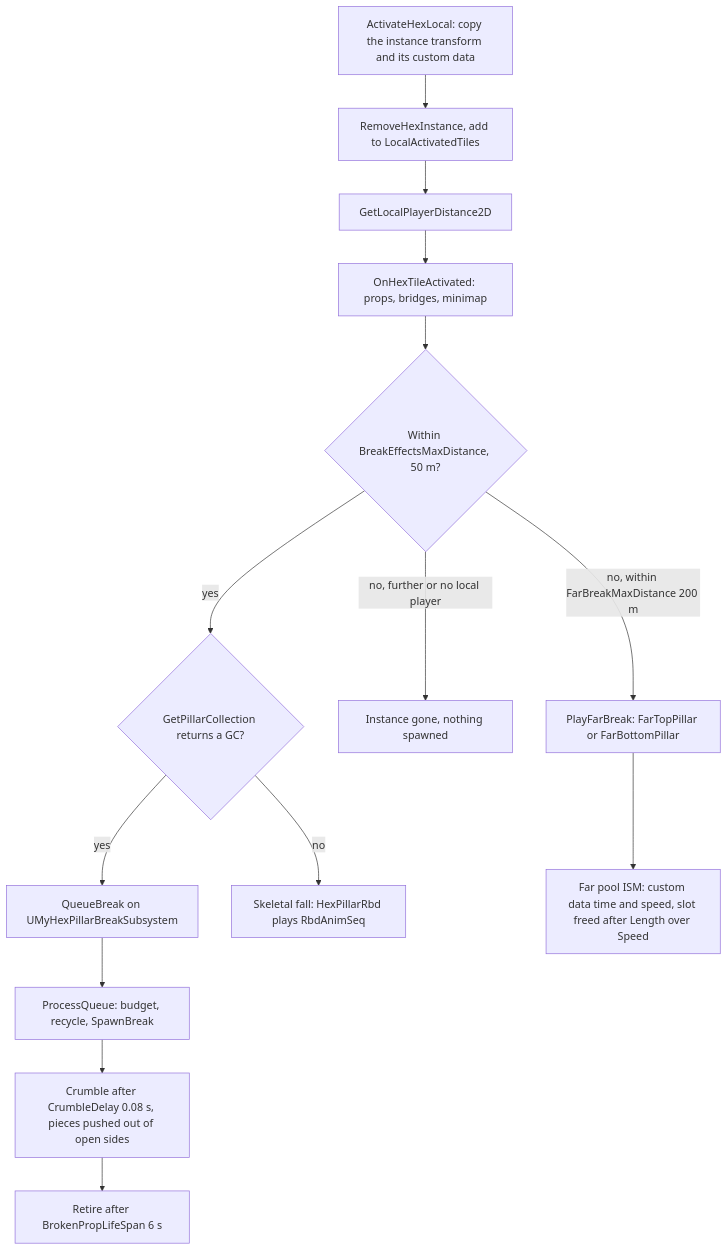
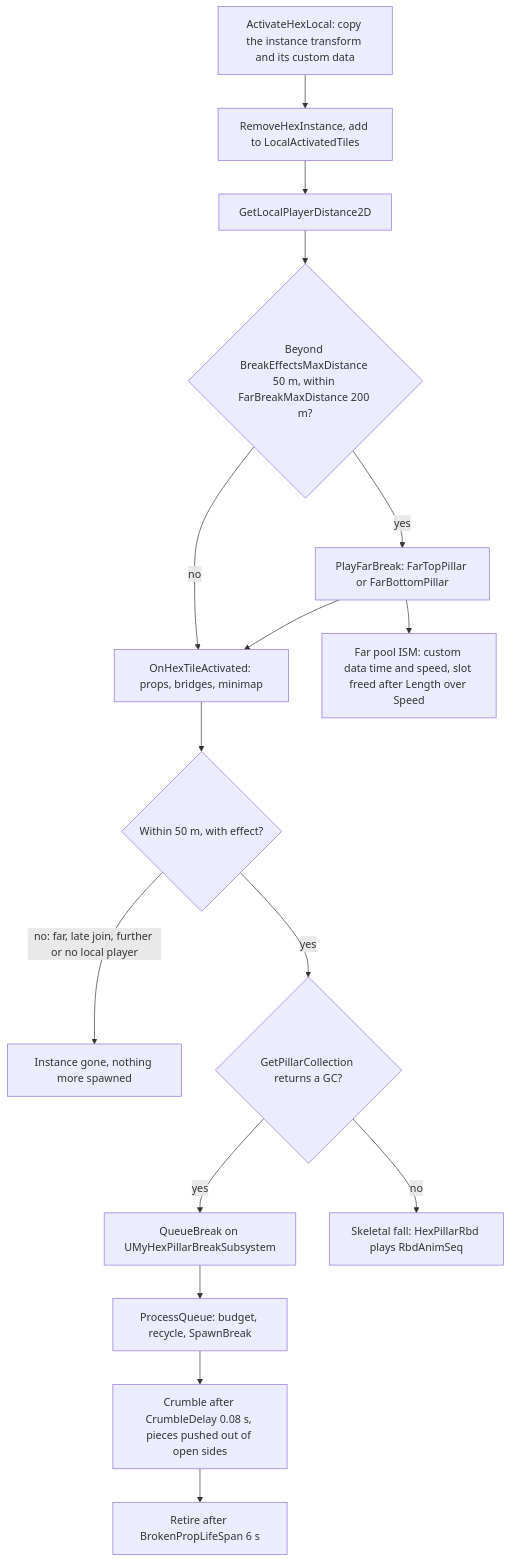
One commit to talal-jpg/OBS_GameplayAbilitySystemRpg changed the second of 3 diagrams in Redo3Changes/Redo3 Hex Pillars and Breaking.md. Above: the diagram before and after it, drawn with Mermaid. The commit also changed other lines of this file and 21 other files, not shown here.

````diff
--- a/Redo3Changes/Redo3 Hex Pillars and Breaking.md
+++ b/Redo3Changes/Redo3 Hex Pillars and Breaking.md
@@ -73,16 +73,18 @@
 ```mermaid
 flowchart TD
   A["ActivateHexLocal: copy the instance transform and its custom data"] --> R["RemoveHexInstance, add to LocalActivatedTiles"]
   R --> D["GetLocalPlayerDistance2D"]
-  D --> EV["OnHexTileActivated: props, bridges, minimap"]
-  EV --> Q{"Within BreakEffectsMaxDistance, 50 m?"}
-  Q -- "no, within FarBreakMaxDistance 200 m" --> F["PlayFarBreak: FarTopPillar or FarBottomPillar"]
-  Q -- "no, further or no local player" --> N["Instance gone, nothing spawned"]
+  D --> FQ{"Beyond BreakEffectsMaxDistance 50 m, within FarBreakMaxDistance 200 m?"}
+  FQ -- "yes" --> F["PlayFarBreak: FarTopPillar or FarBottomPillar"]
+  FQ -- "no" --> EV["OnHexTileActivated: props, bridges, minimap"]
+  F --> EV
+  EV --> Q{"Within 50 m, with effect?"}
+  Q -- "no: far, late join, further or no local player" --> N["Instance gone, nothing more spawned"]
   Q -- "yes" --> G{"GetPillarCollection returns a GC?"}
   G -- "yes" --> QB["QueueBreak on UMyHexPillarBreakSubsystem"]
   G -- "no" --> SK["Skeletal fall: HexPillarRbd plays RbdAnimSeq"]
   QB --> PQ["ProcessQueue: budget, recycle, SpawnBreak"]
   PQ --> CR["Crumble after CrumbleDelay 0.08 s, pieces pushed out of open sides"]
   CR --> RT["Retire after BrokenPropLifeSpan 6 s"]
   F --> FP["Far pool ISM: custom data time and speed, slot freed after Length over Speed"]
 ```
````
